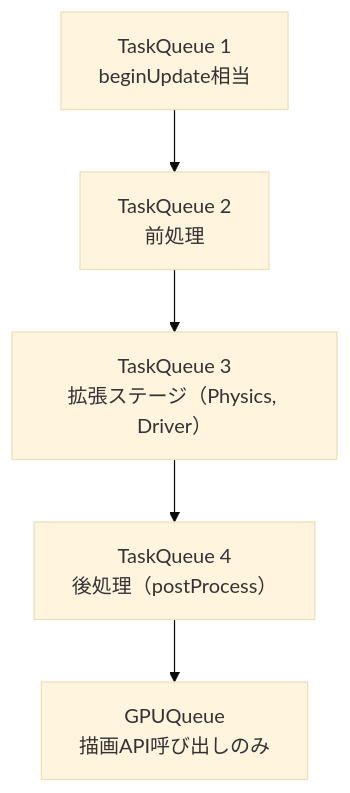
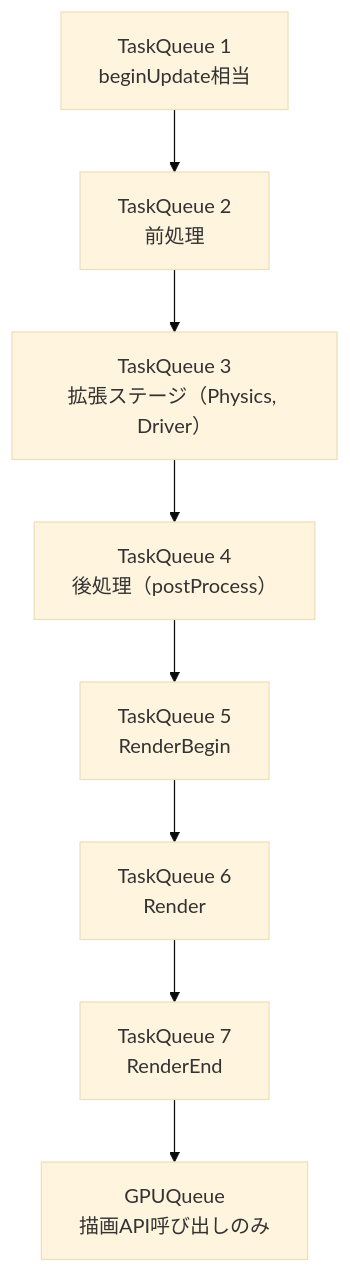
The second of 6 diagrams in doc/new_rendering.md (nijigenerate/nijilive), drawn with Mermaid (base theme) before and after one commit. The commit also changed other lines of this file and 8 other files, not shown here.

Commit message:
Implement composite begin/end render commands

```diff
--- a/doc/new_rendering.md
+++ b/doc/new_rendering.md
@@ -34,9 +37,12 @@
 ~~~mermaid
 flowchart TB
     Q1[TaskQueue 1<br/>beginUpdate相当]
     Q2[TaskQueue 2<br/>前処理]
     Q3[TaskQueue 3<br/>拡張ステージ（Physics, Driver）]
     Q4[TaskQueue 4<br/>後処理（postProcess）]
+    Q5[TaskQueue 5<br/>RenderBegin]
+    Q6[TaskQueue 6<br/>Render]
+    Q7[TaskQueue 7<br/>RenderEnd]
     GPU[GPUQueue<br/>描画API呼び出しのみ]
-    Q1 --> Q2 --> Q3 --> Q4 --> GPU
+    Q1 --> Q2 --> Q3 --> Q4 --> Q5 --> Q6 --> Q7 --> GPU
 ~~~
```
